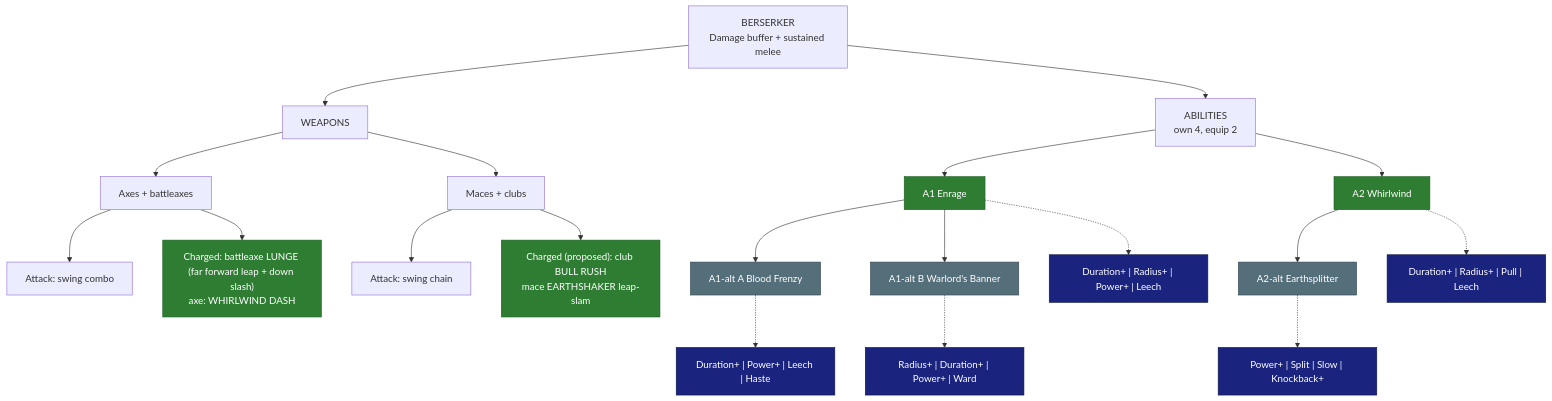
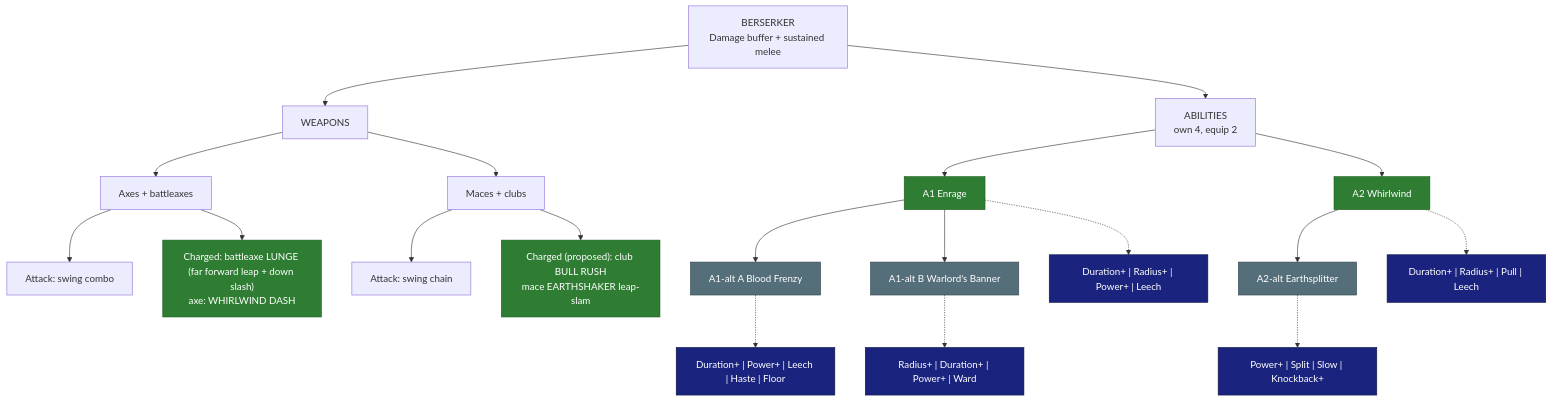
The diagram in research/classes/Berserker.md (SkyyPlayz/SkyyWynnBlock), drawn with Mermaid before and after one commit. The commit also changed other lines of this file and 3 other files, not shown here.

````diff
--- a/research/classes/Berserker.md
+++ b/research/classes/Berserker.md
@@ -16,29 +16,29 @@
 ```mermaid
 flowchart TD
   CLS["BERSERKER<br/>Damage buffer + sustained melee"]
   CLS --> WPN["WEAPONS"]
   CLS --> ABL["ABILITIES<br/>own 4, equip 2"]
   WPN --> AX["Axes + battleaxes"]
   AX --> AXa["Attack: swing combo"]
   AX --> AXc["Charged: battleaxe LUNGE (far forward leap + down slash)<br/>axe: WHIRLWIND DASH"]
   WPN --> MC["Maces + clubs"]
   MC --> MCa["Attack: swing chain"]
   MC --> MCc["Charged (proposed): club BULL RUSH<br/>mace EARTHSHAKER leap-slam"]
   ABL --> A1["A1 Enrage"]
   A1 --> A1A["A1-alt A Blood Frenzy"]
   A1 --> A1B["A1-alt B Warlord's Banner"]
   ABL --> A2["A2 Whirlwind"]
   A2 --> A2X["A2-alt Earthsplitter"]
   A1 -.-> M1["Duration+ | Radius+ | Power+ | Leech"]
-  A1A -.-> M2["Duration+ | Power+ | Leech | Haste"]
+  A1A -.-> M2["Duration+ | Power+ | Leech | Haste | Floor"]
   A1B -.-> M3["Radius+ | Duration+ | Power+ | Ward"]
   A2 -.-> M4["Duration+ | Radius+ | Pull | Leech"]
   A2X -.-> M5["Power+ | Split | Slow | Knockback+"]
   classDef locked fill:#2e7d32,color:#fff,stroke:#1b5e20
   classDef proposed fill:#546e7a,color:#fff,stroke:#37474f
   classDef open fill:#e65100,color:#fff,stroke:#bf360c
   classDef mods fill:#1a237e,color:#fff,stroke:#0d1442
   class A1,A2,AXc,MCc locked
   class A1A,A1B,A2X proposed
   class M1,M2,M3,M4,M5 mods
 ```
````
